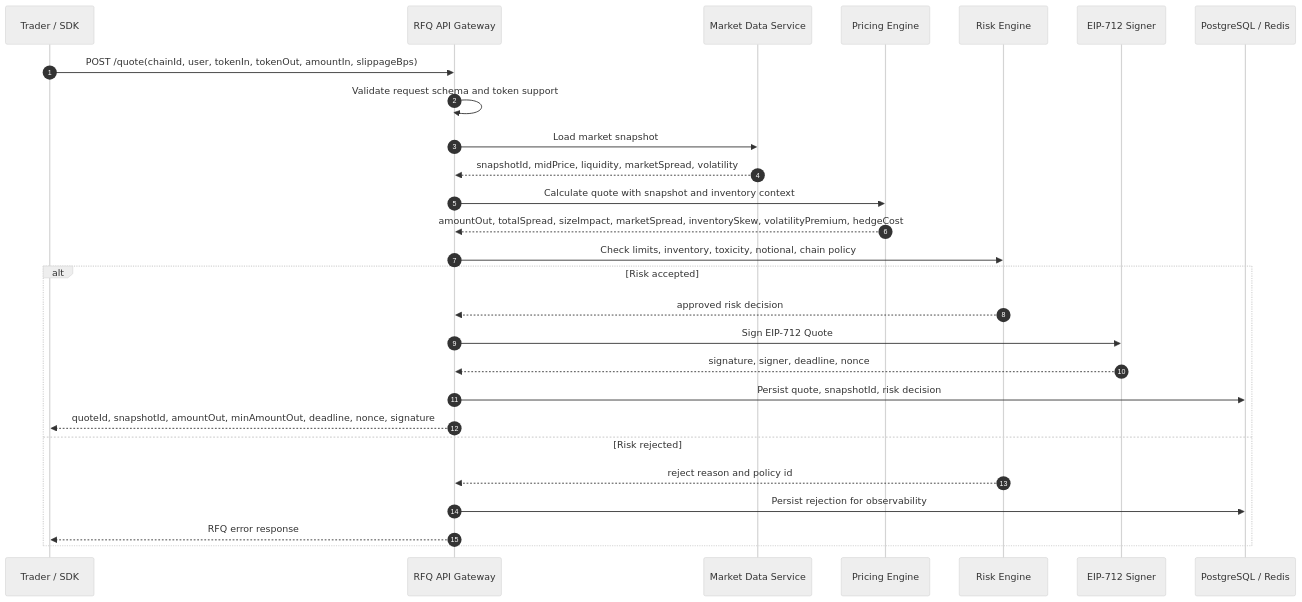
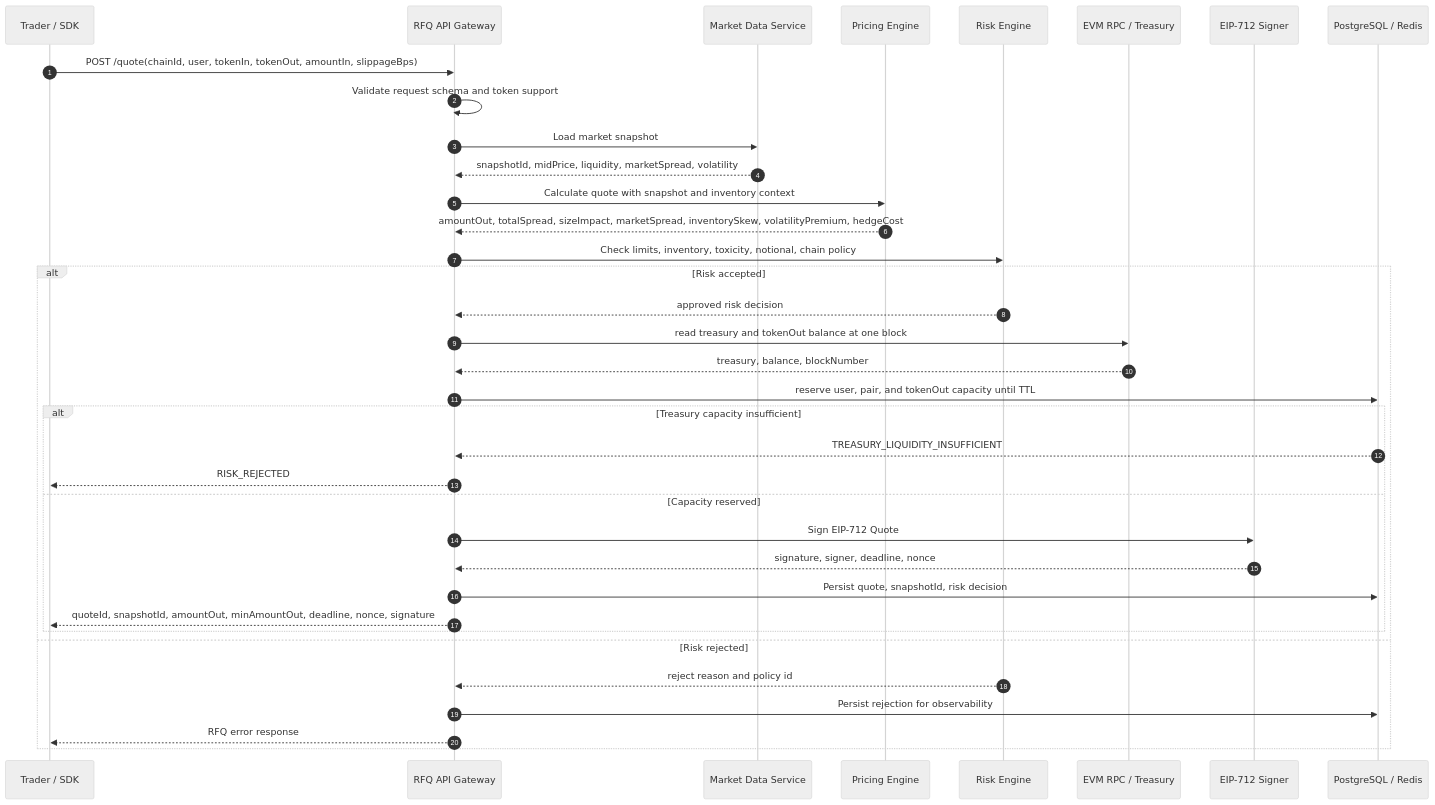
Before and after one commit to alvis-ai/production-grade-web3-rfq-market-maker: the diagram in docs/diagrams/quote-sequence.md, drawn with Mermaid (neutral theme). The commit also changed other lines of this file and 34 other files, not shown here.

Commit message:
feat: reserve treasury liquidity before signing

````diff
--- a/docs/diagrams/quote-sequence.md
+++ b/docs/diagrams/quote-sequence.md
@@ -5,30 +5,39 @@
 ```mermaid
 sequenceDiagram
   autonumber
   participant User as Trader / SDK
   participant API as RFQ API Gateway
   participant MD as Market Data Service
   participant Pricing as Pricing Engine
   participant Risk as Risk Engine
+  participant Chain as EVM RPC / Treasury
   participant Signer as EIP-712 Signer
   participant Store as PostgreSQL / Redis
 
   User->>API: POST /quote(chainId, user, tokenIn, tokenOut, amountIn, slippageBps)
   API->>API: Validate request schema and token support
   API->>MD: Load market snapshot
   MD-->>API: snapshotId, midPrice, liquidity, marketSpread, volatility
   API->>Pricing: Calculate quote with snapshot and inventory context
   Pricing-->>API: amountOut, totalSpread, sizeImpact, marketSpread, inventorySkew, volatilityPremium, hedgeCost
   API->>Risk: Check limits, inventory, toxicity, notional, chain policy
   alt Risk accepted
     Risk-->>API: approved risk decision
+    API->>Chain: read treasury and tokenOut balance at one block
+    Chain-->>API: treasury, balance, blockNumber
+    API->>Store: reserve user, pair, and tokenOut capacity until TTL
+    alt Treasury capacity insufficient
+      Store-->>API: TREASURY_LIQUIDITY_INSUFFICIENT
+      API-->>User: RISK_REJECTED
+    else Capacity reserved
     API->>Signer: Sign EIP-712 Quote
     Signer-->>API: signature, signer, deadline, nonce
     API->>Store: Persist quote, snapshotId, risk decision
     API-->>User: quoteId, snapshotId, amountOut, minAmountOut, deadline, nonce, signature
+    end
   else Risk rejected
     Risk-->>API: reject reason and policy id
     API->>Store: Persist rejection for observability
     API-->>User: RFQ error response
   end
 ```
````
